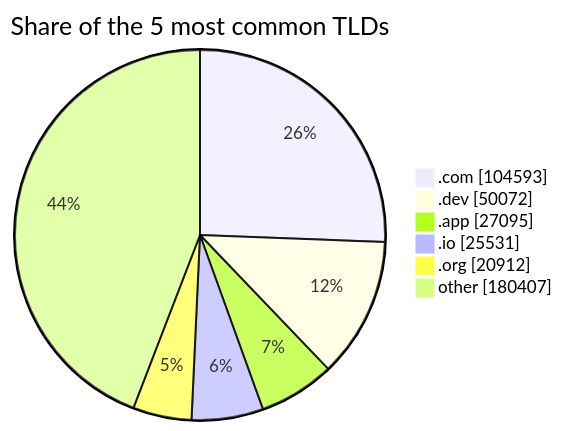
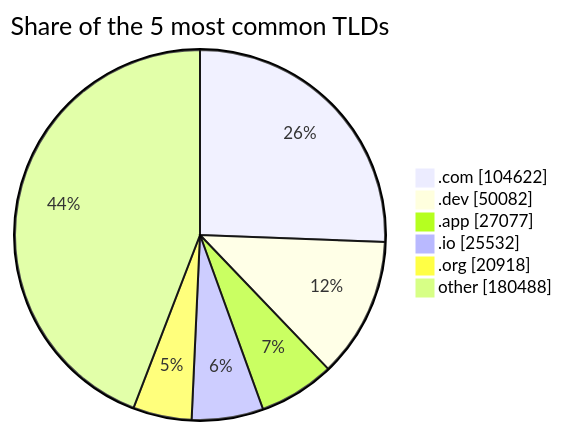
Before and after one commit to DNSBunker/CTI: the third of 3 diagrams in README.md, drawn with Mermaid. The commit also changed other lines of this file and 3 other files, not shown here.

````diff
--- a/README.md
+++ b/README.md
@@ -81,9 +81,9 @@
 ```mermaid
 pie showData title Share of the 5 most common TLDs
-    ".com" : 104593
-    ".dev" : 50072
-    ".app" : 27095
-    ".io" : 25531
-    ".org" : 20912
-    "other" : 180407
+    ".com" : 104622
+    ".dev" : 50082
+    ".app" : 27077
+    ".io" : 25532
+    ".org" : 20918
+    "other" : 180488
 ```
````
